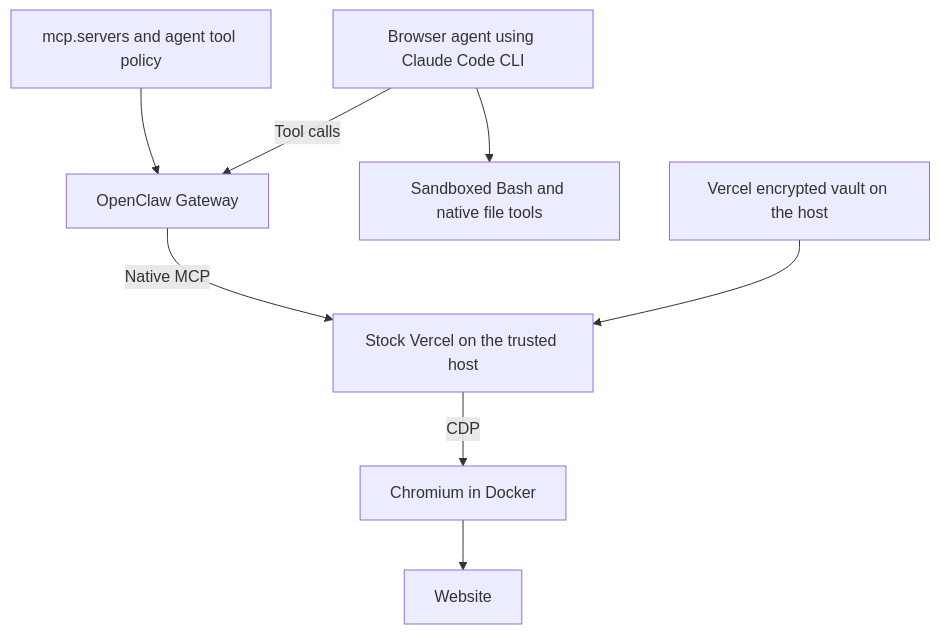
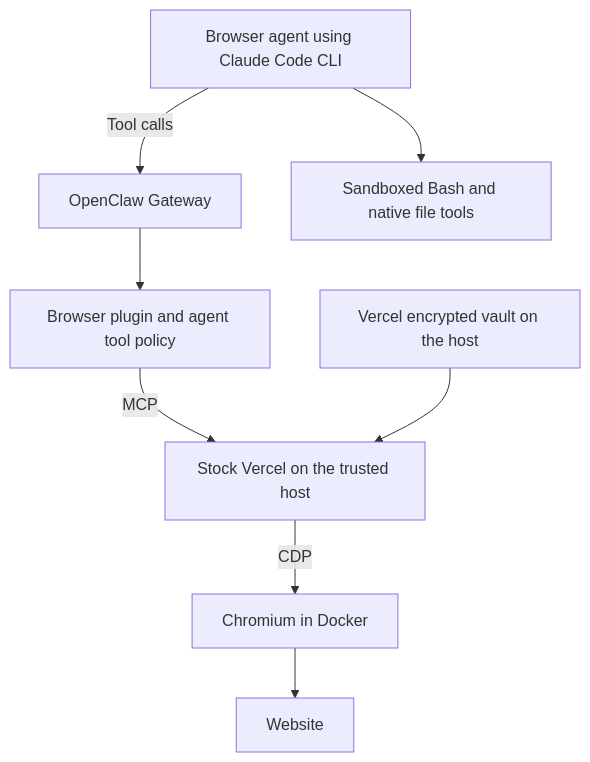
One commit to coletaylor788/puddles changed the diagram in docs/plans/vercel-browser-authentication.md. Above: the diagram before and after it, drawn with Mermaid. The commit also changed other lines of this file and 15 other files, not shown here.

Commit message:
Register stock Vercel browser tools through an OpenClaw plugin

````diff
--- a/docs/plans/vercel-browser-authentication.md
+++ b/docs/plans/vercel-browser-authentication.md
@@ -15,10 +15,10 @@
 ```mermaid
 graph TD
-    C["mcp.servers and agent tool policy"] --> G["OpenClaw Gateway"]
-    A["Browser agent using Claude Code CLI"] -->|"Tool calls"| G
+    A["Browser agent using Claude Code CLI"] -->|"Tool calls"| G["OpenClaw Gateway"]
     A --> B["Sandboxed Bash and native file tools"]
-    G -->|"Native MCP"| V["Stock Vercel on the trusted host"]
+    G --> P["Browser plugin and agent tool policy"]
+    P -->|"MCP"| V["Stock Vercel on the trusted host"]
     K["Vercel encrypted vault on the host"] --> V
     V -->|"CDP"| D["Chromium in Docker"]
     D --> W["Website"]
 ```
````
